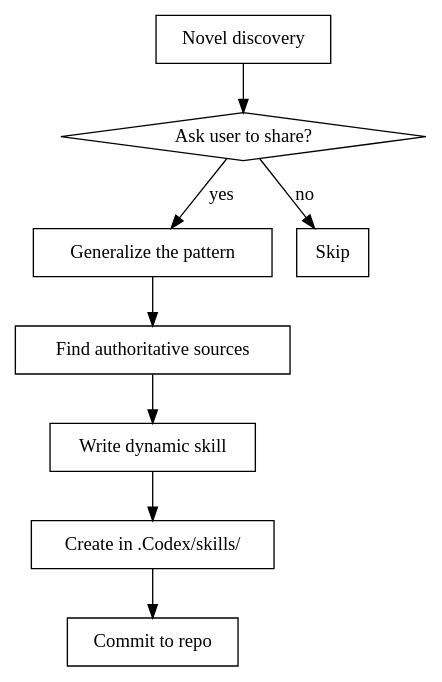
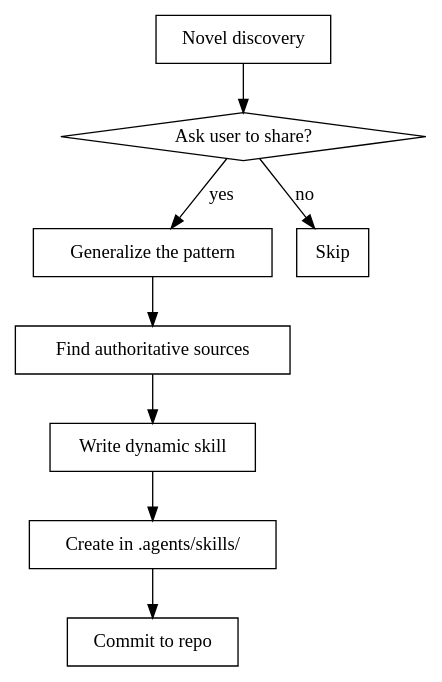
The diagram in .agents/skills/creating-team-skills/SKILL.md (moto-nrw/project-phoenix), drawn with Graphviz before and after one commit. The commit also changed other lines of this file and 49 other files, not shown here.

````diff
--- a/.agents/skills/creating-team-skills/SKILL.md
+++ b/.agents/skills/creating-team-skills/SKILL.md
@@ -28,21 +28,21 @@
 ```dot
 digraph create_skill {
     rankdir=TB;
     "Novel discovery" [shape=box];
     "Ask user to share?" [shape=diamond];
     "Generalize the pattern" [shape=box];
     "Find authoritative sources" [shape=box];
     "Write dynamic skill" [shape=box];
-    "Create in .Codex/skills/" [shape=box];
+    "Create in .agents/skills/" [shape=box];
     "Commit to repo" [shape=box];
     "Skip" [shape=box];
 
     "Novel discovery" -> "Ask user to share?";
     "Ask user to share?" -> "Generalize the pattern" [label="yes"];
     "Ask user to share?" -> "Skip" [label="no"];
     "Generalize the pattern" -> "Find authoritative sources";
     "Find authoritative sources" -> "Write dynamic skill";
-    "Write dynamic skill" -> "Create in .Codex/skills/";
-    "Create in .Codex/skills/" -> "Commit to repo";
+    "Write dynamic skill" -> "Create in .agents/skills/";
+    "Create in .agents/skills/" -> "Commit to repo";
 }
 ```
````
